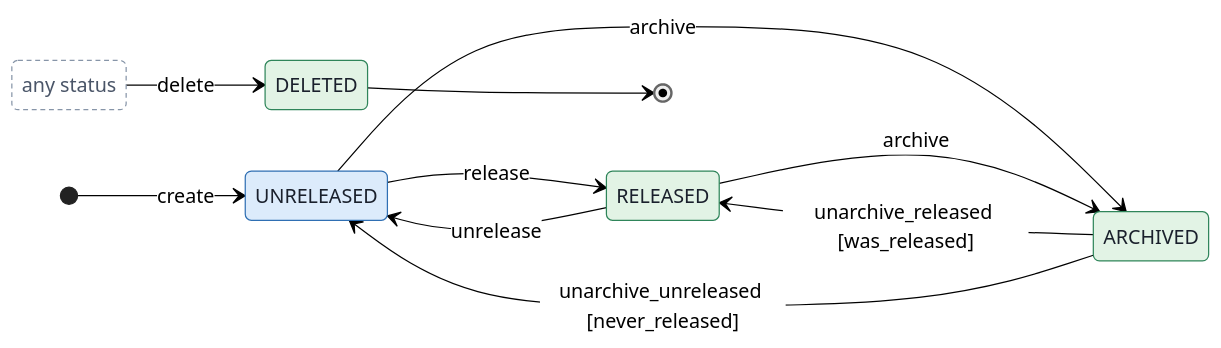
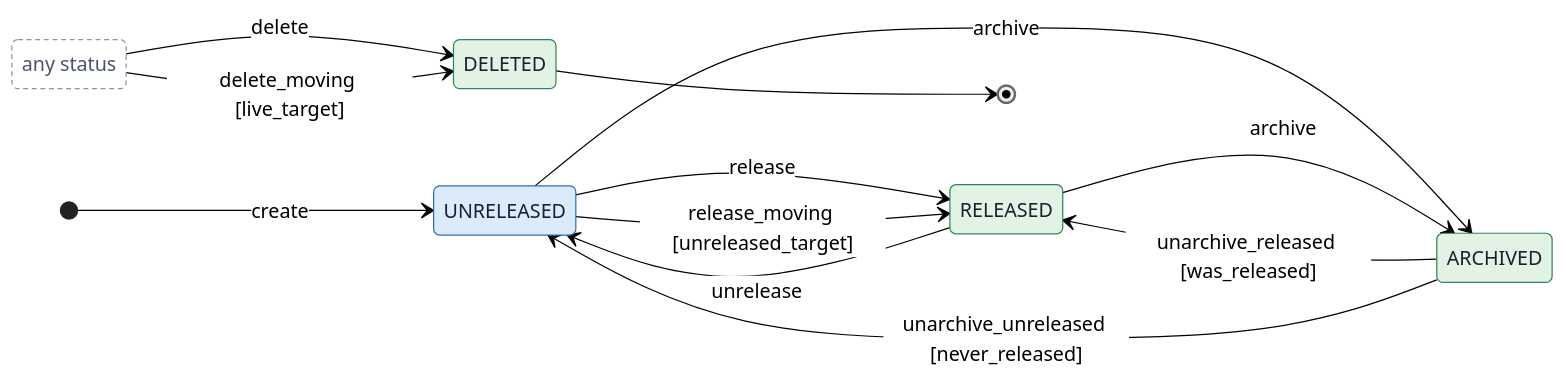
One commit to rxdu/object_flow changed the seventh of 20 diagrams in docs/design/jira-flows.md. Above: the diagram before and after it, drawn with Mermaid (neutral theme). The commit also changed other lines of this file and 16 other files, not shown here.

First line of the commit message:
docs(design): make a flow recoverable from its description (ADR-0122)

````diff
--- a/docs/design/jira-flows.md
+++ b/docs/design/jira-flows.md
@@ -673,21 +698,23 @@
 ```mermaid
 %% jira_version.Version
 stateDiagram-v2
     direction LR
     state "any status" as any_status
     [*] --> UNRELEASED: create
     UNRELEASED --> RELEASED: release
+    UNRELEASED --> RELEASED: release_moving [unreleased_target]
     RELEASED --> UNRELEASED: unrelease
     UNRELEASED --> ARCHIVED: archive
     RELEASED --> ARCHIVED: archive
     ARCHIVED --> RELEASED: unarchive_released [was_released]
     ARCHIVED --> UNRELEASED: unarchive_unreleased [never_released]
     any_status --> DELETED: delete
+    any_status --> DELETED: delete_moving [live_target]
     DELETED --> [*]
     classDef in_progress fill:#dcebfb,stroke:#2f6fb3,color:#1a202c
     classDef closed fill:#e2f3e5,stroke:#2f855a,color:#1a202c
     class UNRELEASED in_progress
     class RELEASED,ARCHIVED,DELETED closed
     classDef any fill:none,stroke:#8795a8,stroke-dasharray:4 3,color:#4a5568
     class any_status any
 ```
````
